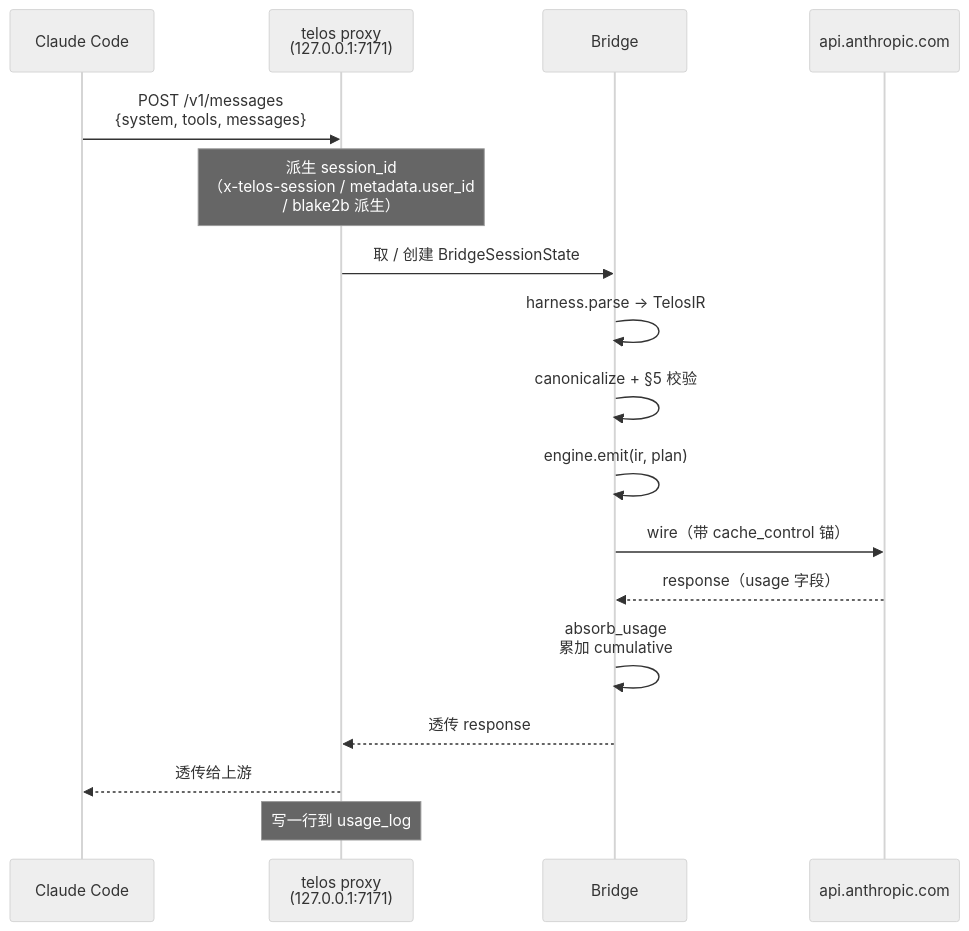
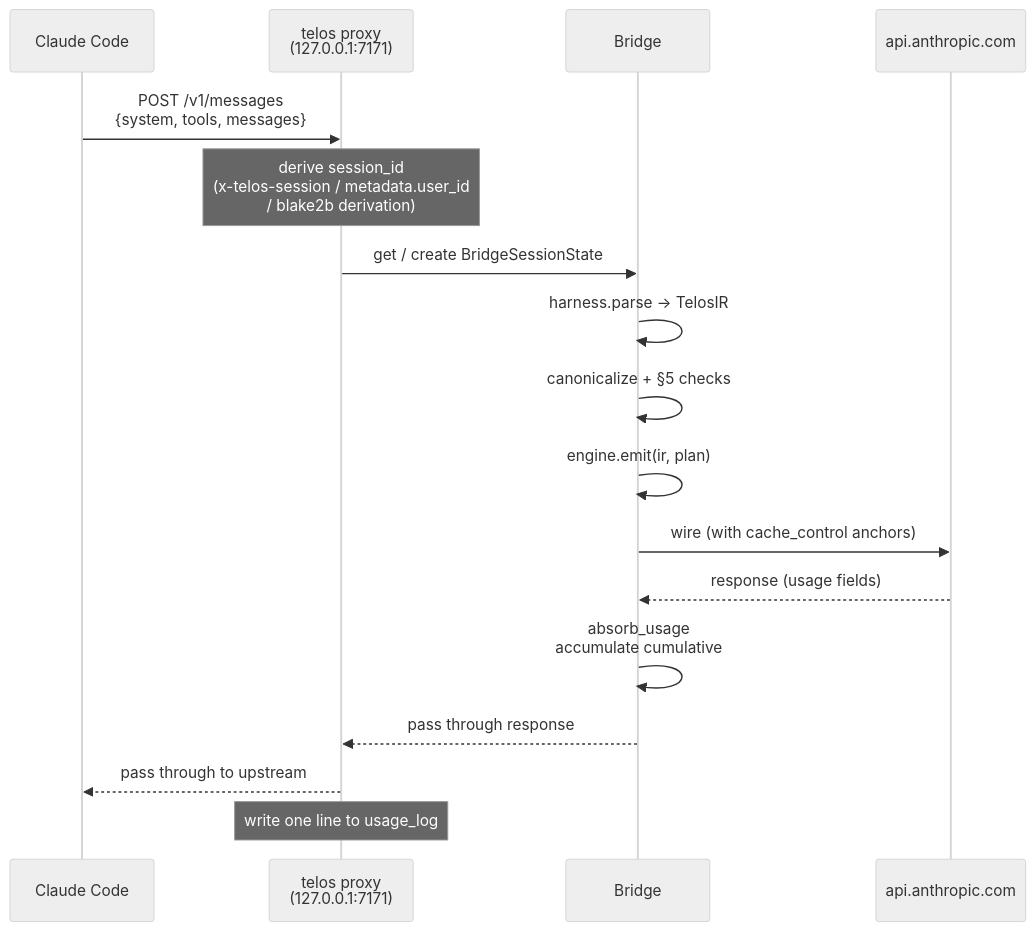
One commit to telos-pro/telos-sdk changed the fifth of 8 diagrams in docs/playbook.md. Above: the diagram before and after it, drawn with Mermaid (neutral theme). The commit also changed other lines of this file and 93 other files, not shown here.

````diff
--- a/docs/playbook.md
+++ b/docs/playbook.md
@@ -274,20 +274,20 @@
 ```mermaid
 sequenceDiagram
   participant Claude as Claude Code
   participant Proxy as telos proxy<br/>(127.0.0.1:7171)
   participant Bridge
   participant Anthropic as api.anthropic.com
 
   Claude->>Proxy: POST /v1/messages<br/>{system, tools, messages}
-  Note over Proxy: 派生 session_id<br/>（x-telos-session / metadata.user_id<br/>/ blake2b 派生）
-  Proxy->>Bridge: 取 / 创建 BridgeSessionState
+  Note over Proxy: derive session_id<br/>(x-telos-session / metadata.user_id<br/>/ blake2b derivation)
+  Proxy->>Bridge: get / create BridgeSessionState
   Bridge->>Bridge: harness.parse → TelosIR
-  Bridge->>Bridge: canonicalize + §5 校验
+  Bridge->>Bridge: canonicalize + §5 checks
   Bridge->>Bridge: engine.emit(ir, plan)
-  Bridge->>Anthropic: wire（带 cache_control 锚）
-  Anthropic-->>Bridge: response（usage 字段）
-  Bridge->>Bridge: absorb_usage<br/>累加 cumulative
-  Bridge-->>Proxy: 透传 response
-  Proxy-->>Claude: 透传给上游
-  Note over Proxy: 写一行到 usage_log
+  Bridge->>Anthropic: wire (with cache_control anchors)
+  Anthropic-->>Bridge: response (usage fields)
+  Bridge->>Bridge: absorb_usage<br/>accumulate cumulative
+  Bridge-->>Proxy: pass through response
+  Proxy-->>Claude: pass through to upstream
+  Note over Proxy: write one line to usage_log
 ```
````
